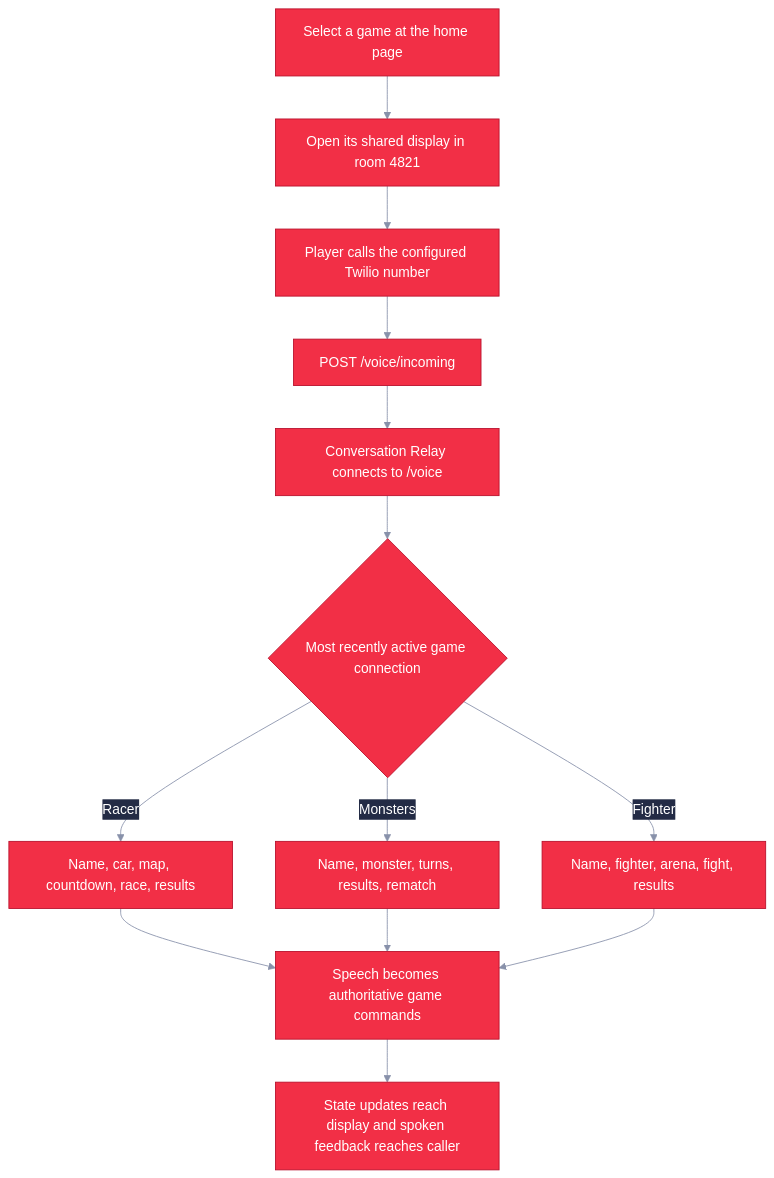
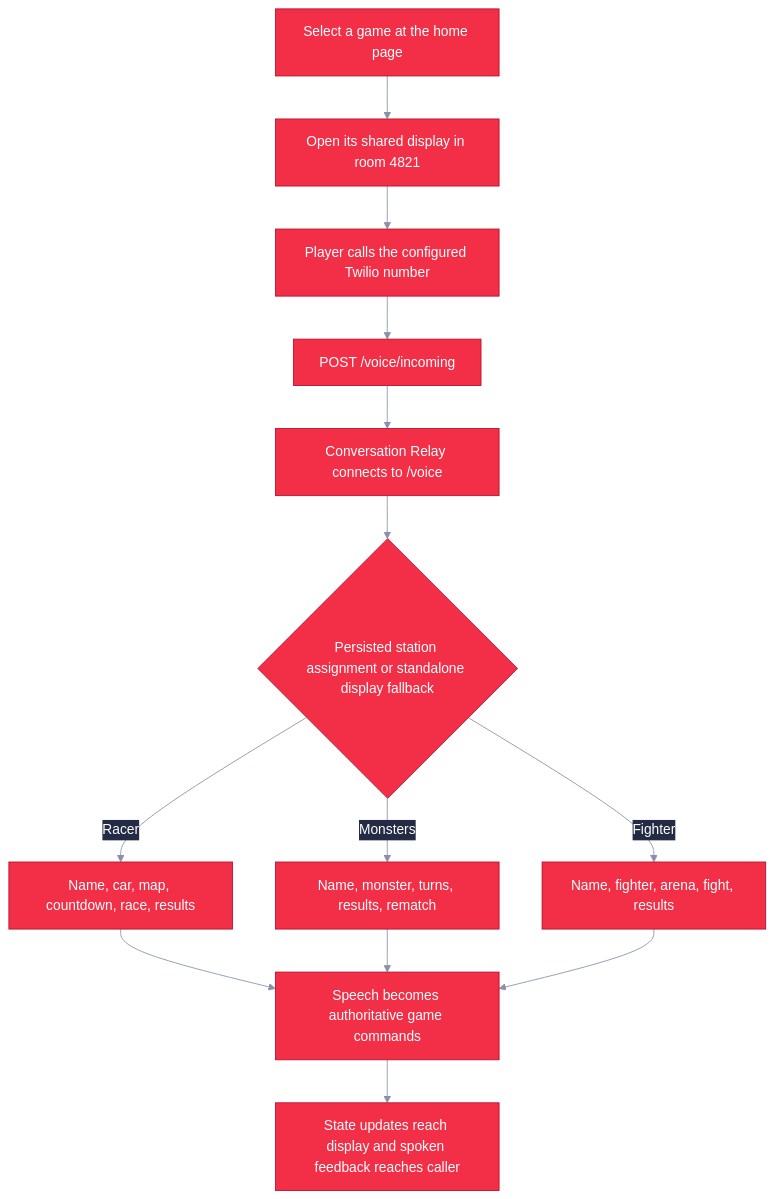
The second of 2 diagrams in README.md (agithony/twilio-games), drawn with Mermaid before and after one commit. The commit also changed other lines of this file and 100 other files, not shown here.

Commit message:
feat: add production Twilio Games event flow

````diff
--- a/README.md
+++ b/README.md
@@ -93,16 +96,16 @@
 ```mermaid
 %%{init: {"theme":"base","themeVariables":{"primaryColor":"#F22F46","primaryTextColor":"#FFFFFF","primaryBorderColor":"#B80F2A","lineColor":"#8891AA","secondaryColor":"#232B45","tertiaryColor":"#000D25"}}}%%
 flowchart TD
   Select[Select a game at the home page] --> Display[Open its shared display in room 4821]
   Display --> Call[Player calls the configured Twilio number]
   Call --> Incoming[POST /voice/incoming]
   Incoming --> Relay[Conversation Relay connects to /voice]
-  Relay --> Route{Most recently active game connection}
+  Relay --> Route{Persisted station assignment or standalone display fallback}
   Route -->|Racer| RaceFlow[Name, car, map, countdown, race, results]
   Route -->|Monsters| MonsterFlow[Name, monster, turns, results, rematch]
   Route -->|Fighter| FighterFlow[Name, fighter, arena, fight, results]
   RaceFlow --> Commands[Speech becomes authoritative game commands]
   MonsterFlow --> Commands
   FighterFlow --> Commands
   Commands --> Updates[State updates reach display and spoken feedback reaches caller]
 ```
````
